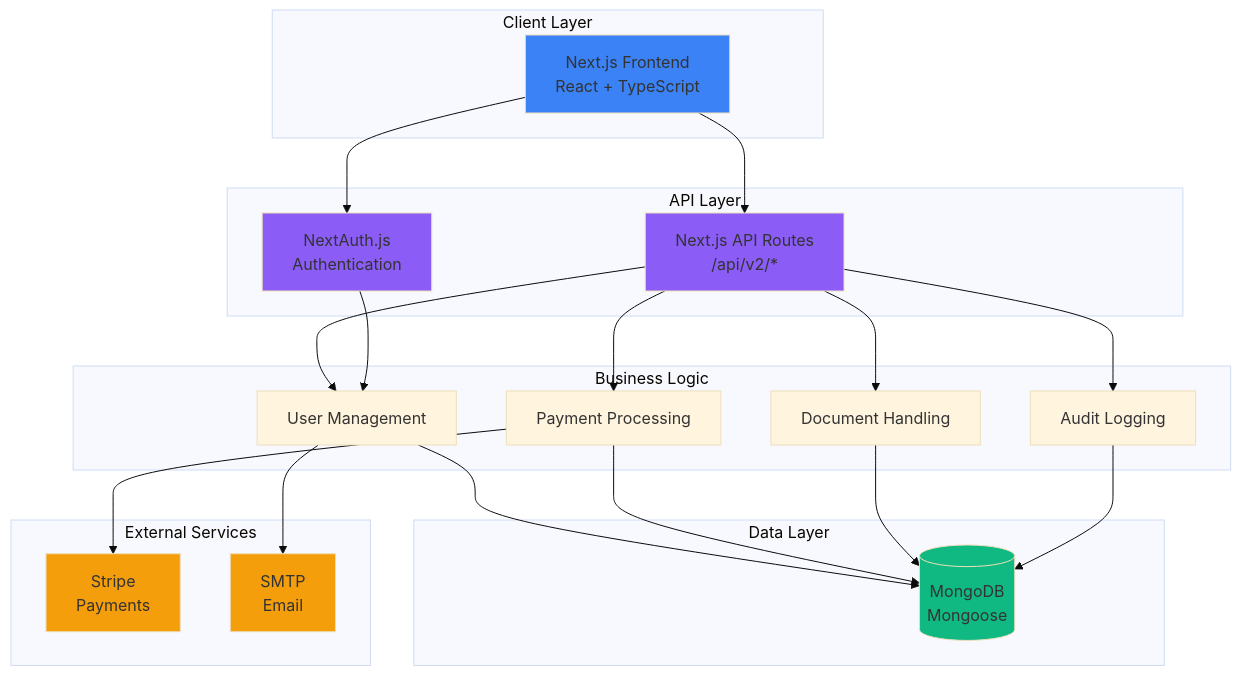
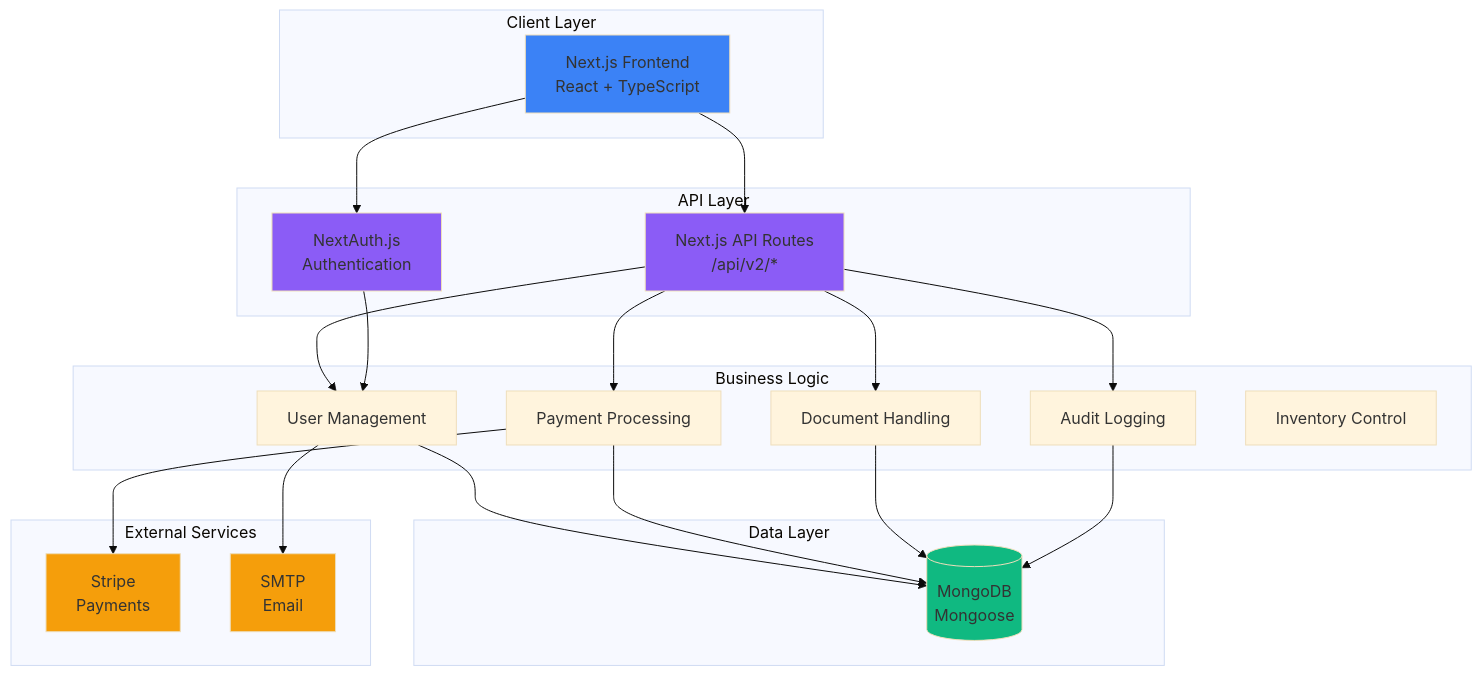
Before and after one commit to Ruhanpaco/prishtina-heackerspace: the second of 8 diagrams in README.md, drawn with Mermaid (base theme). The commit also changed other lines of this file and 31 other files, not shown here.

````diff
--- a/README.md
+++ b/README.md
@@ -158,48 +161,49 @@
 ```mermaid
 graph TB
     subgraph "Client Layer"
         A[Next.js Frontend<br/>React + TypeScript]
     end
     
     subgraph "API Layer"
         B[Next.js API Routes<br/>/api/v2/*]
         C[NextAuth.js<br/>Authentication]
     end
     
     subgraph "Business Logic"
         D[User Management]
         E[Payment Processing]
         F[Document Handling]
         G[Audit Logging]
+        K[Inventory Control]
     end
     
     subgraph "Data Layer"
         H[(MongoDB<br/>Mongoose)]
     end
     
     subgraph "External Services"
         I[Stripe<br/>Payments]
         J[SMTP<br/>Email]
     end
     
     A --> B
     A --> C
     B --> D
     B --> E
     B --> F
     B --> G
     C --> D
     D --> H
     E --> H
     F --> H
     G --> H
     E --> I
     D --> J
     
     style A fill:#3b82f6
     style B fill:#8b5cf6
     style C fill:#8b5cf6
     style H fill:#10b981
     style I fill:#f59e0b
     style J fill:#f59e0b
 ```
````
